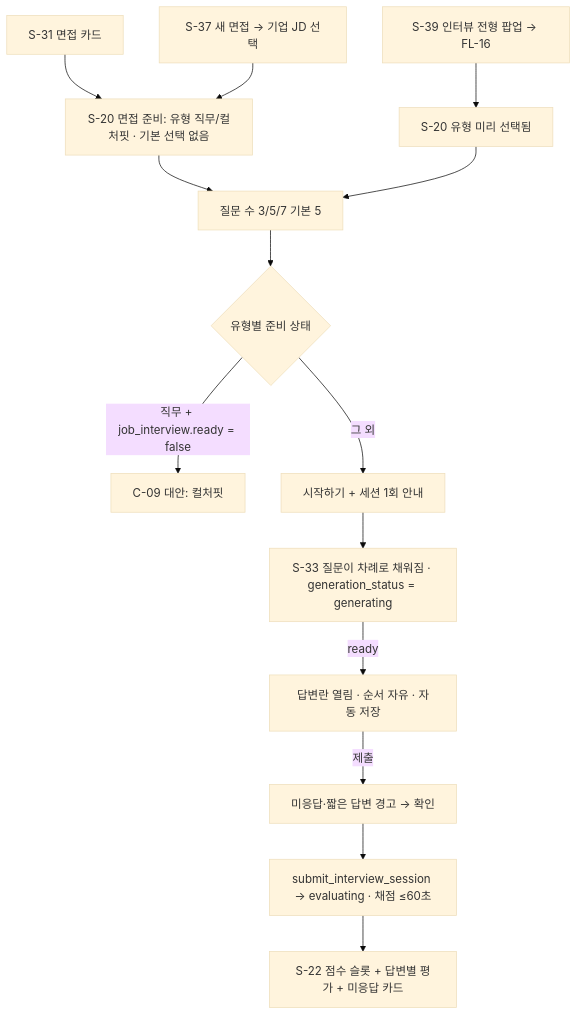
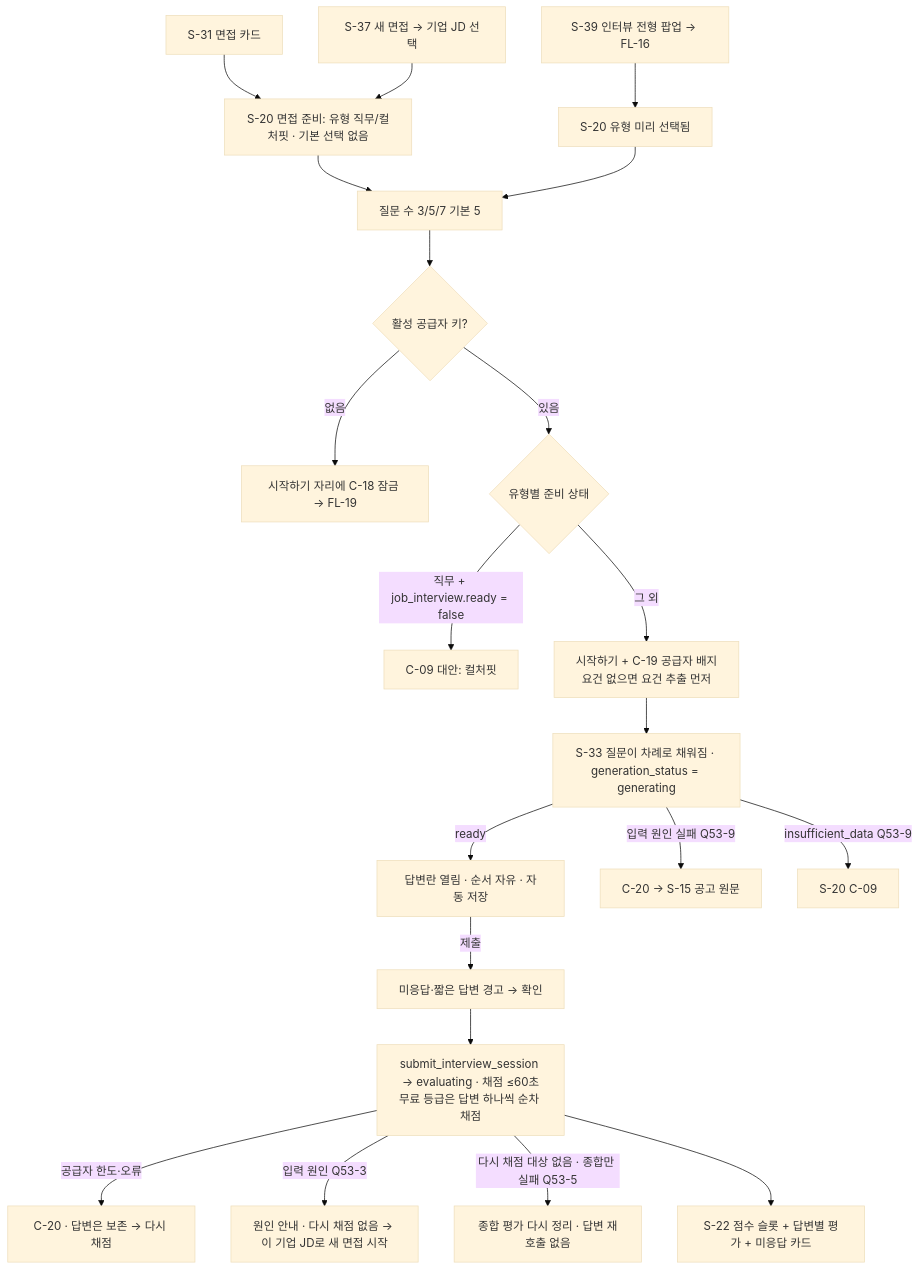
The eighth of 20 diagrams in docs/planning/02-user-flows.md (j-hyunn/resumate), drawn with Mermaid (base theme) before and after one commit. The commit also changed other lines of this file and 7 other files, not shown here.

````diff
--- a/docs/planning/02-user-flows.md
+++ b/docs/planning/02-user-flows.md
@@ -337,16 +404,23 @@
 ```mermaid
 flowchart TD
   A1[S-31 면접 카드] --> P
   A2[S-37 새 면접 → 기업 JD 선택] --> P
   A3[S-39 인터뷰 전형 팝업 → FL-16] --> P2[S-20 유형 미리 선택됨]
   P[S-20 면접 준비: 유형 직무/컬처핏 · 기본 선택 없음] --> N[질문 수 3/5/7 기본 5]
   P2 --> N
-  N --> G{유형별 준비 상태}
+  N --> K{활성 공급자 키?}
+  K -->|없음| LK[시작하기 자리에 C-18 잠금 → FL-19]
+  K -->|있음| G{유형별 준비 상태}
   G -->|직무 + job_interview.ready = false| X[C-09 대안: 컬처핏]
-  G -->|그 외| S[시작하기 + 세션 1회 안내]
+  G -->|그 외| S[시작하기 + C-19 공급자 배지<br/>요건 없으면 요건 추출 먼저]
   S --> Q[S-33 질문이 차례로 채워짐 · generation_status = generating]
   Q -->|ready| W[답변란 열림 · 순서 자유 · 자동 저장]
+  Q -->|입력 원인 실패 Q53-9| QF[C-20 → S-15 공고 원문]
+  Q -->|insufficient_data Q53-9| QD[S-20 C-09]
   W -->|제출| V[미응답·짧은 답변 경고 → 확인]
-  V --> E[submit_interview_session → evaluating · 채점 ≤60초]
+  V --> E[submit_interview_session → evaluating · 채점 ≤60초<br/>무료 등급은 답변 하나씩 순차 채점]
+  E -->|공급자 한도·오류| ER[C-20 · 답변은 보존 → 다시 채점]
+  E -->|입력 원인 Q53-3| EI[원인 안내 · 다시 채점 없음 → 이 기업 JD로 새 면접 시작]
+  E -->|다시 채점 대상 없음 · 종합만 실패 Q53-5| ES[종합 평가 다시 정리 · 답변 재호출 없음]
   E --> R[S-22 점수 슬롯 + 답변별 평가 + 미응답 카드]
 ```
````
